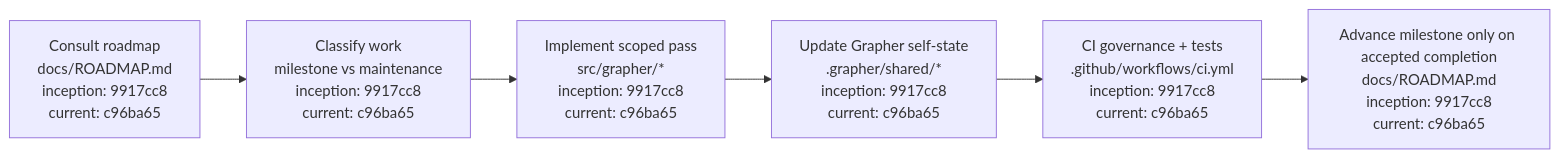
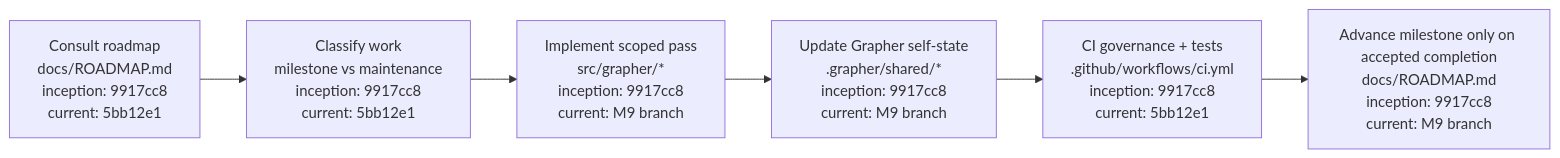
Before and after one commit to seanbman/grapher: the diagram in docs/ROADMAP.md, drawn with Mermaid. The commit also changed other lines of this file, not shown here.

Commit message:
docs: advance roadmap to Codex-first M9

````diff
--- a/docs/ROADMAP.md
+++ b/docs/ROADMAP.md
@@ -48,11 +48,11 @@
 ```mermaid
 flowchart LR
-    READ["Consult roadmap\ndocs/ROADMAP.md\ninception: 9917cc8\ncurrent: c96ba65"]
-    CLASSIFY["Classify work\nmilestone vs maintenance\ninception: 9917cc8\ncurrent: c96ba65"]
-    EXECUTE["Implement scoped pass\nsrc/grapher/*\ninception: 9917cc8\ncurrent: c96ba65"]
-    GRAPH["Update Grapher self-state\n.grapher/shared/*\ninception: 9917cc8\ncurrent: c96ba65"]
-    CI["CI governance + tests\n.github/workflows/ci.yml\ninception: 9917cc8\ncurrent: c96ba65"]
-    ADVANCE["Advance milestone only on accepted completion\ndocs/ROADMAP.md\ninception: 9917cc8\ncurrent: c96ba65"]
+    READ["Consult roadmap\ndocs/ROADMAP.md\ninception: 9917cc8\ncurrent: 5bb12e1"]
+    CLASSIFY["Classify work\nmilestone vs maintenance\ninception: 9917cc8\ncurrent: 5bb12e1"]
+    EXECUTE["Implement scoped pass\nsrc/grapher/*\ninception: 9917cc8\ncurrent: M9 branch"]
+    GRAPH["Update Grapher self-state\n.grapher/shared/*\ninception: 9917cc8\ncurrent: M9 branch"]
+    CI["CI governance + tests\n.github/workflows/ci.yml\ninception: 9917cc8\ncurrent: 5bb12e1"]
+    ADVANCE["Advance milestone only on accepted completion\ndocs/ROADMAP.md\ninception: 9917cc8\ncurrent: M9 branch"]
 
     READ --> CLASSIFY --> EXECUTE --> GRAPH --> CI --> ADVANCE
 ```
````
